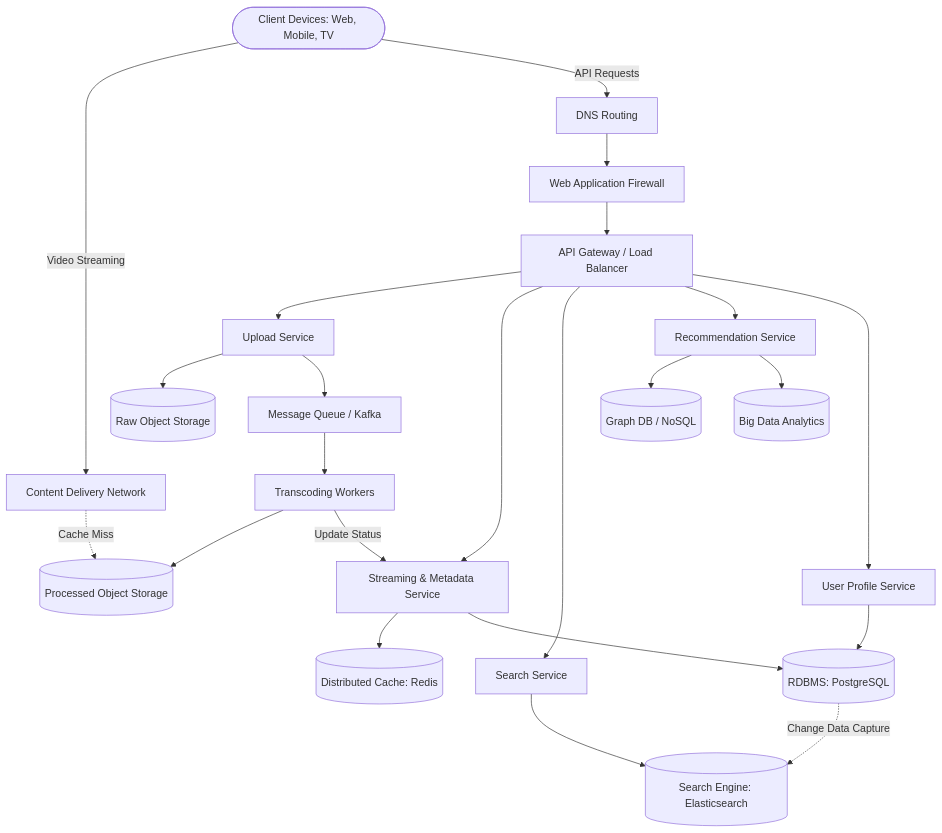
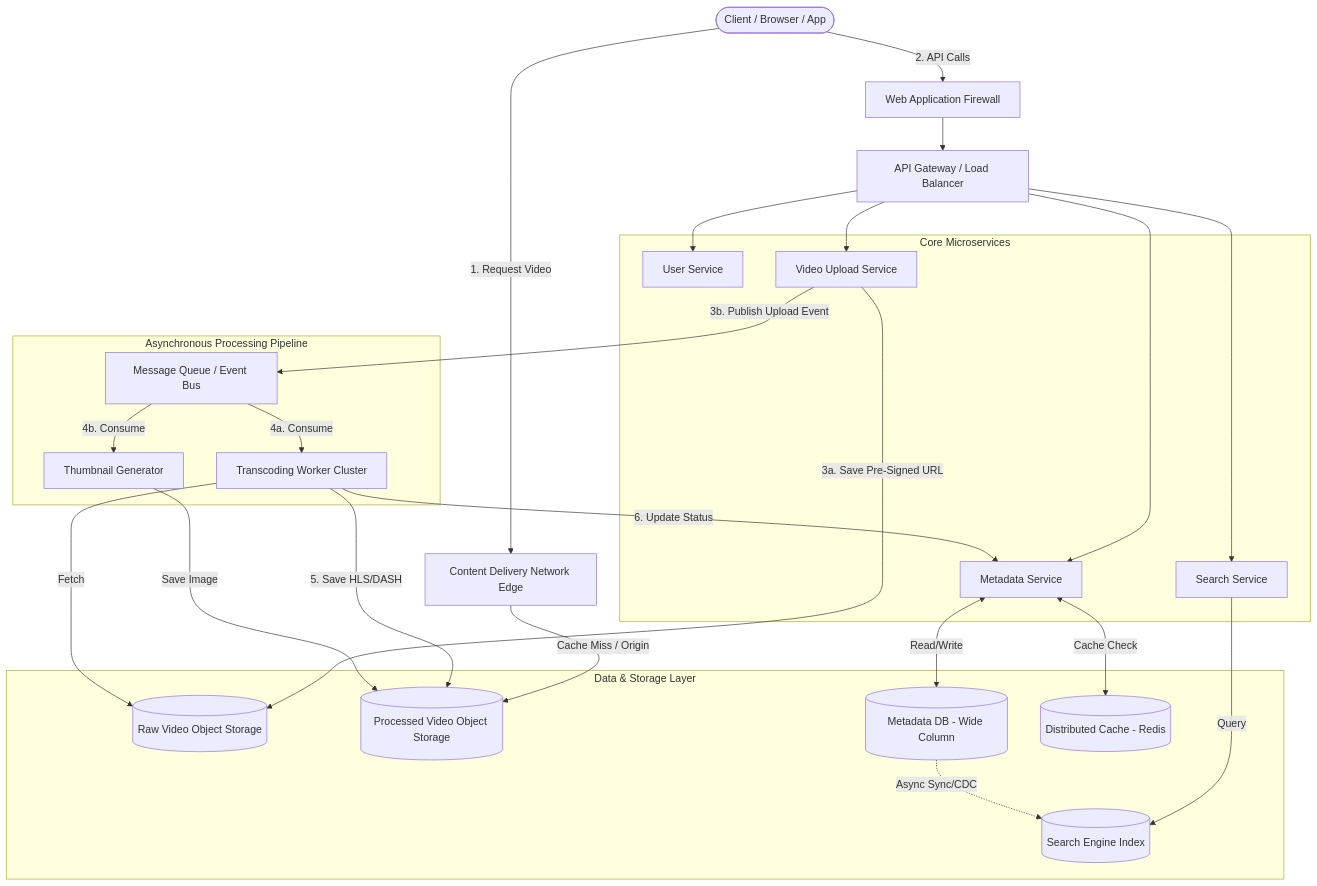
One commit to AdrianTorjKobza/System_Design changed the diagram in Design_Youtube.md. Above: the diagram before and after it, drawn with Mermaid. The commit also changed other lines of this file, not shown here.

````diff
--- a/Design_Youtube.md
+++ b/Design_Youtube.md
@@ -11,43 +8,55 @@
 ```mermaid
 graph TD
-    %% External Interfaces
-    Client([Client Devices: Web, Mobile, TV])
-    CDN[Content Delivery Network]
-    DNS[DNS Routing]
+    Client([Client / Browser / App])
+    CDN[Content Delivery Network Edge]
     WAF[Web Application Firewall]
+    LB[API Gateway / Load Balancer]
 
-    %% Edge & Ingress
-    Client -->|Video Streaming| CDN
-    Client -->|API Requests| DNS
-    DNS --> WAF
-    WAF --> APIGW[API Gateway / Load Balancer]
+    subgraph "Core Microservices"
+        UserSvc[User Service]
+        MetaSvc[Metadata Service]
+        UpSvc[Video Upload Service]
+        SearchSvc[Search Service]
+    end
 
-    %% Microservices
-    APIGW --> UploadSvc[Upload Service]
-    APIGW --> StreamSvc[Streaming & Metadata Service]
-    APIGW --> SearchSvc[Search Service]
-    APIGW --> RecSvc[Recommendation Service]
-    APIGW --> UserSvc[User Profile Service]
+    subgraph "Asynchronous Processing Pipeline"
+        MQ[Message Queue / Event Bus]
+        Transcoder[Transcoding Worker Cluster]
+        ThumbnailGen[Thumbnail Generator]
+    end
 
-    %% Write/Upload Path
-    UploadSvc --> RawStorage[(Raw Object Storage)]
-    UploadSvc --> Kafka[Message Queue / Kafka]
-    Kafka --> Transcoder[Transcoding Workers]
-    Transcoder --> ProcessedStorage[(Processed Object Storage)]
-    Transcoder -->|Update Status| StreamSvc
+    subgraph "Data & Storage Layer"
+        RawStorage[(Raw Video Object Storage)]
+        ProcStorage[(Processed Video Object Storage)]
+        MetaDB[(Metadata DB - Wide Column)]
+        SearchIndex[(Search Engine Index)]
+        Cache[(Distributed Cache - Redis)]
+    end
 
-    %% Read/Stream Path
-    CDN -.->|Cache Miss| ProcessedStorage
+    Client -->|1. Request Video| CDN
+    CDN -->|Cache Miss / Origin| ProcStorage
+    Client -->|2. API Calls| WAF
+    WAF --> LB
+
+    LB --> UserSvc
+    LB --> MetaSvc
+    LB --> UpSvc
+    LB --> SearchSvc
+
+    UpSvc -->|3a. Save Pre-Signed URL| RawStorage
+    UpSvc -->|3b. Publish Upload Event| MQ
     
-    %% Databases & Caching
-    StreamSvc --> RedisCache[(Distributed Cache: Redis)]
-    StreamSvc --> RelationalDB[(RDBMS: PostgreSQL)]
+    MQ -->|4a. Consume| Transcoder
+    MQ -->|4b. Consume| ThumbnailGen
     
-    UserSvc --> RelationalDB
+    Transcoder -->|Fetch| RawStorage
+    Transcoder -->|5. Save HLS/DASH| ProcStorage
+    Transcoder -->|6. Update Status| MetaSvc
     
-    SearchSvc --> Elastic[(Search Engine: Elasticsearch)]
-    RelationalDB -.->|Change Data Capture| Elastic
-    
-    RecSvc --> GraphDB[(Graph DB / NoSQL)]
-    RecSvc --> Hadoop[(Big Data Analytics)]
+    ThumbnailGen -->|Save Image| ProcStorage
+
+    MetaSvc <-->|Read/Write| MetaDB
+    MetaSvc <-->|Cache Check| Cache
+    SearchSvc -->|Query| SearchIndex
+    MetaDB -.->|Async Sync/CDC| SearchIndex
 ```
````
